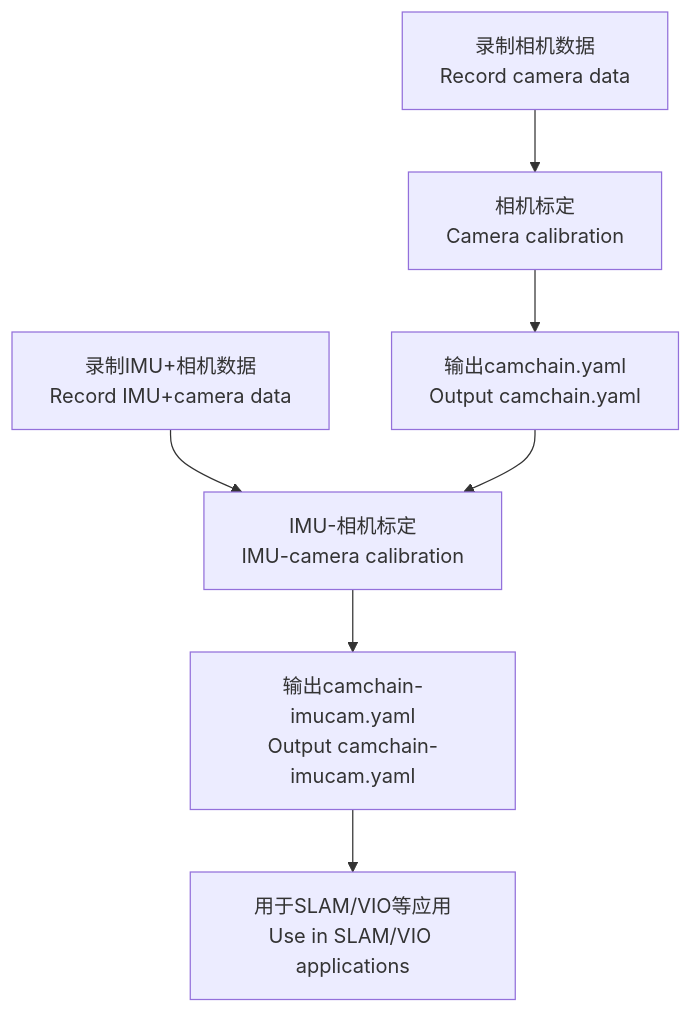
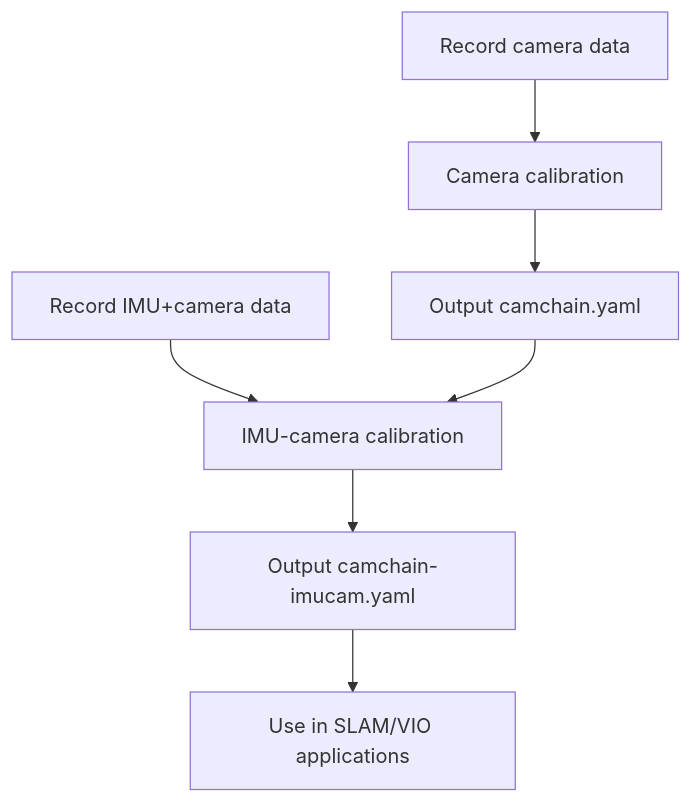
The diagram in README.md (arunabhcode/kalibr_ros2), drawn with Mermaid before and after one commit. The commit also changed other lines of this file and 17 other files, not shown here.

````diff
--- a/README.md
+++ b/README.md
@@ -302,9 +297,9 @@
 ```mermaid
 graph TD
-    A[录制相机数据<br/>Record camera data] --> B[相机标定<br/>Camera calibration]
-    B --> C[输出camchain.yaml<br/>Output camchain.yaml]
-    D[录制IMU+相机数据<br/>Record IMU+camera data] --> E[IMU-相机标定<br/>IMU-camera calibration]
+    A[Record camera data] --> B[Camera calibration]
+    B --> C[Output camchain.yaml]
+    D[Record IMU+camera data] --> E[IMU-camera calibration]
     C --> E
-    E --> F[输出camchain-imucam.yaml<br/>Output camchain-imucam.yaml]
-    F --> G[用于SLAM/VIO等应用<br/>Use in SLAM/VIO applications]
+    E --> F[Output camchain-imucam.yaml]
+    F --> G[Use in SLAM/VIO applications]
 ```
````
